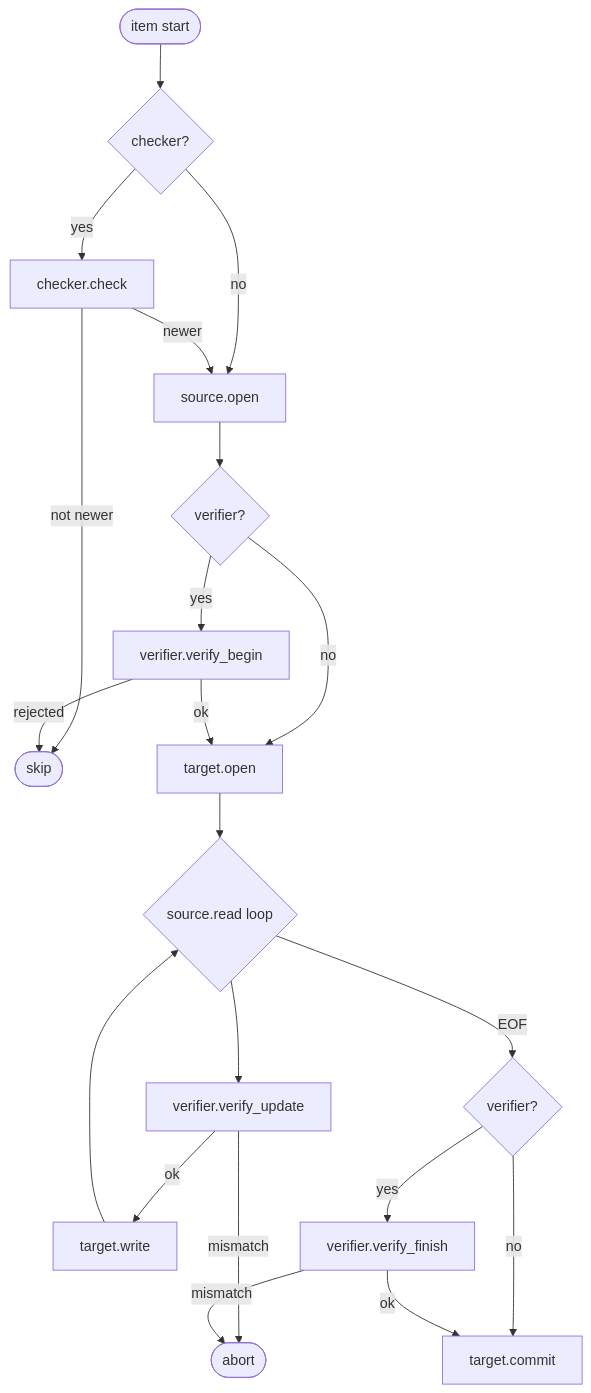
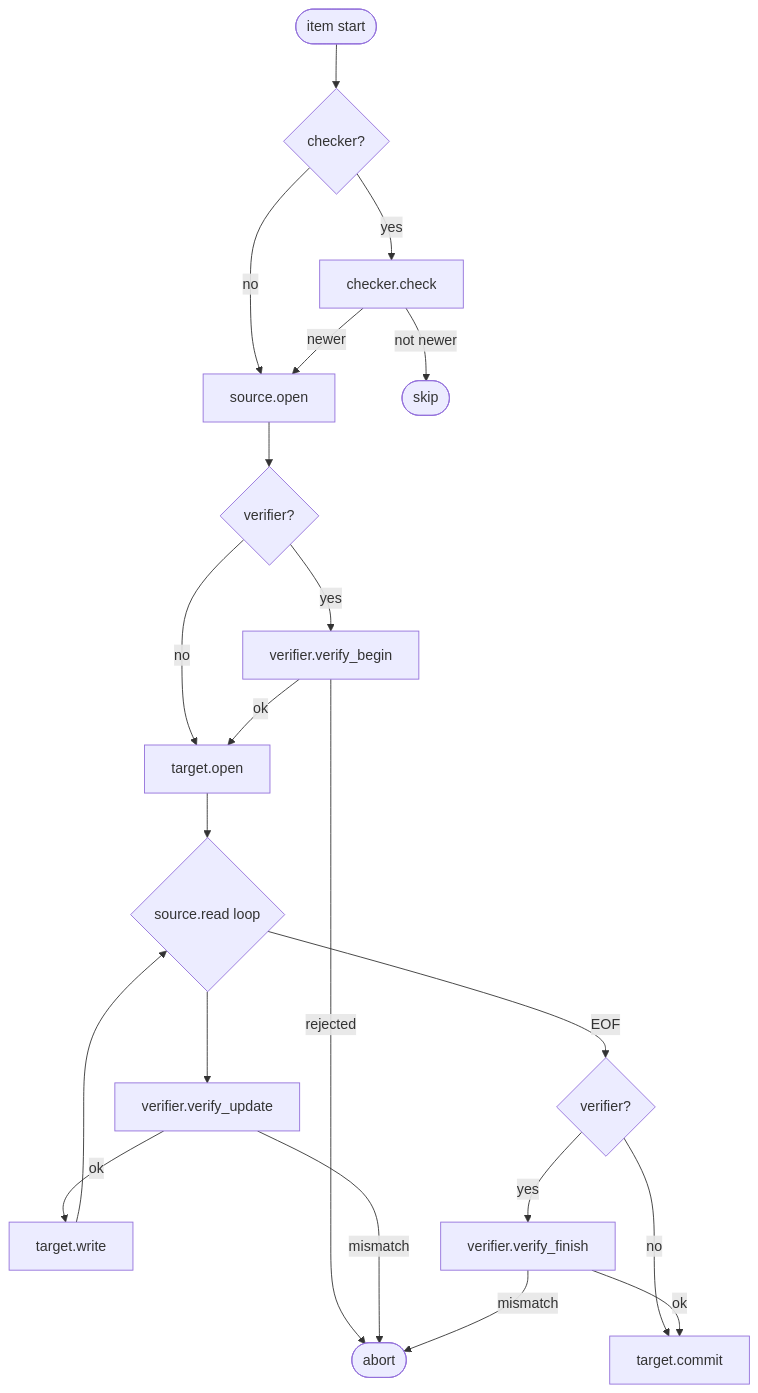
The second of 2 diagrams in components/esp_ota_service/README.md (espressif/esp-adf), drawn with Mermaid before and after one commit. The commit also changed other lines of this file and 59 other files, not shown here.

````diff
--- a/components/esp_ota_service/README.md
+++ b/components/esp_ota_service/README.md
@@ -72,23 +72,23 @@
 ```mermaid
 flowchart TD
     START([item start]) --> CHK{checker?}
     CHK -- no --> B
     CHK -- yes --> A[checker.check]
     A -- not newer --> SKIP([skip])
     A -- newer --> B[source.open]
     B --> VB{verifier?}
     VB -- no --> D
     VB -- yes --> C[verifier.verify_begin]
-    C -- rejected --> SKIP
+    C -- rejected --> FAIL
     C -- ok --> D[target.open]
     D --> E{source.read loop}
     E --> F[verifier.verify_update]
     F -- mismatch --> FAIL([abort])
     F -- ok --> G[target.write]
     G --> E
     E -- EOF --> VF{verifier?}
     VF -- no --> I
     VF -- yes --> H[verifier.verify_finish]
     H -- mismatch --> FAIL
     H -- ok --> I[target.commit]
 ```
````
